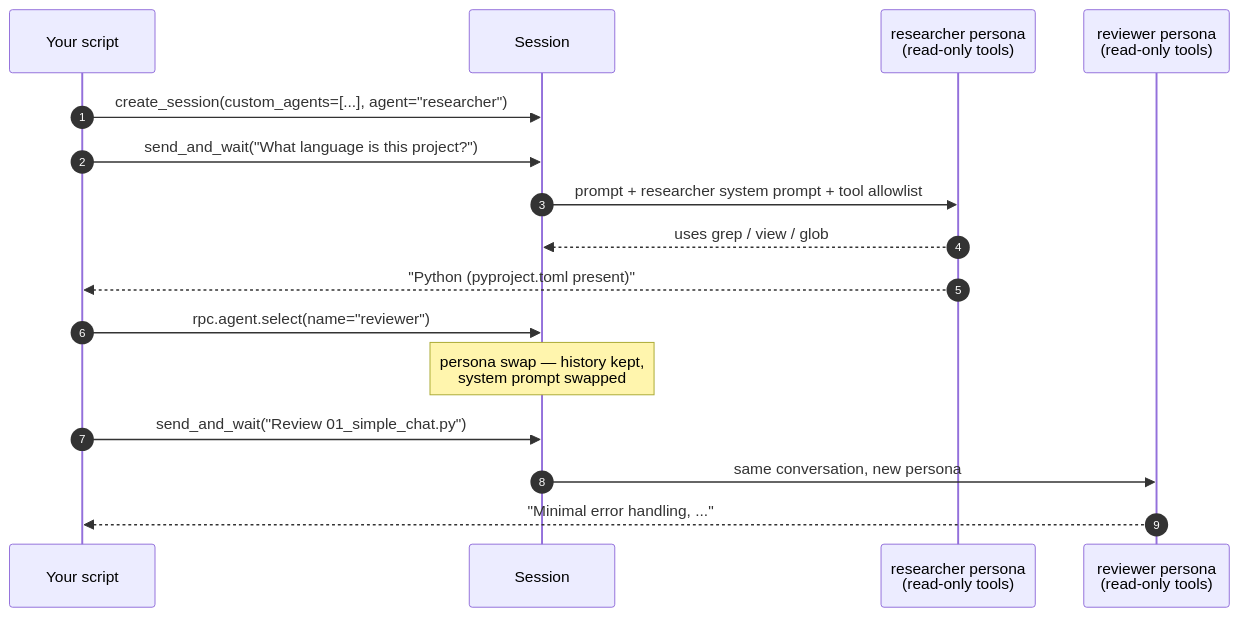
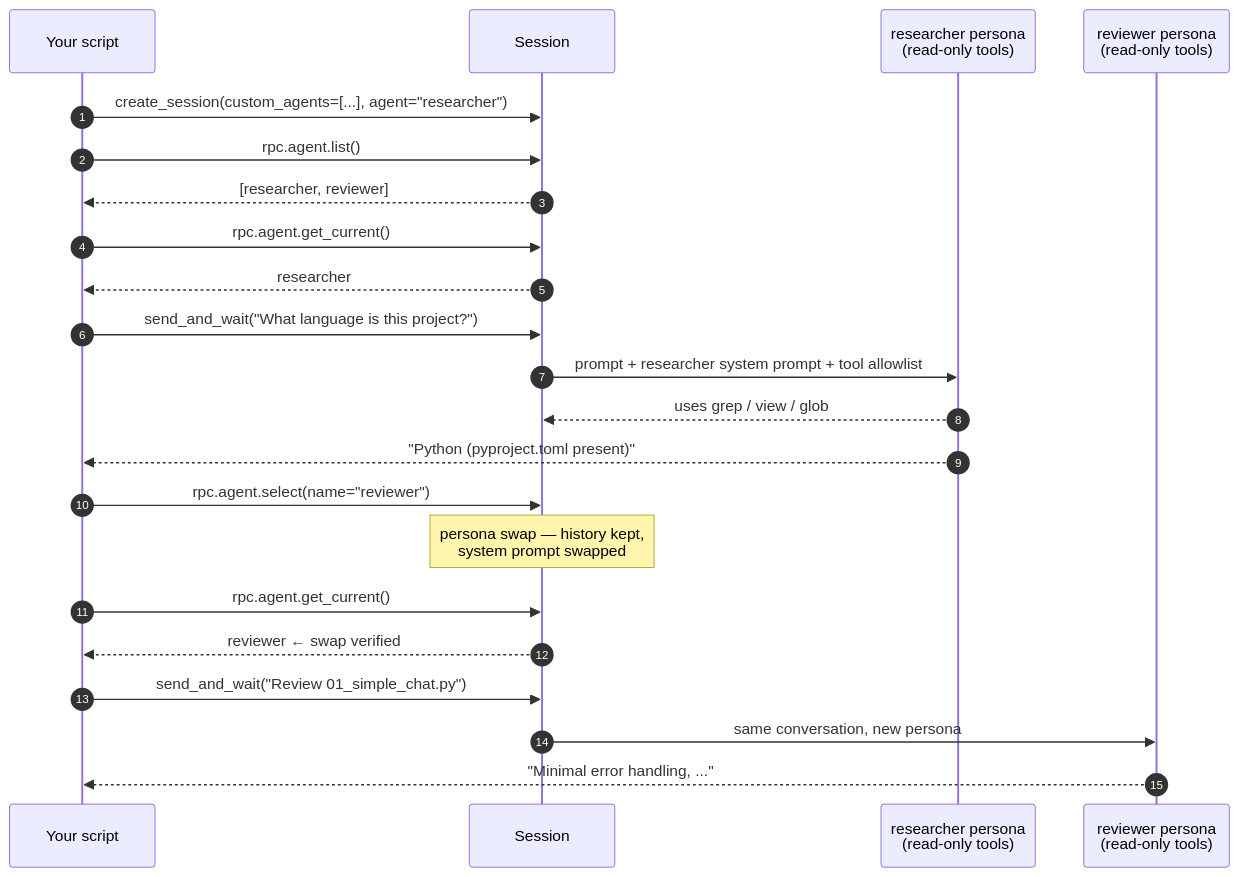
One commit to jeffrey-groneberg/ghcp_sdk changed the diagram in examples/03_custom_agents.md. Above: the diagram before and after it, drawn with Mermaid. The commit also changed other lines of this file and 2 other files, not shown here.

First line of the commit message:
example 03: prove the agent swap with rpc.agent.get_current()

````diff
--- a/examples/03_custom_agents.md
+++ b/examples/03_custom_agents.md
@@ -18,20 +20,26 @@
 ```mermaid
 sequenceDiagram
     autonumber
     participant App as Your script
     participant Session
     participant R as researcher persona<br/>(read-only tools)
     participant V as reviewer persona<br/>(read-only tools)
 
     App->>Session: create_session(custom_agents=[...], agent="researcher")
+    App->>Session: rpc.agent.list()
+    Session-->>App: [researcher, reviewer]
+    App->>Session: rpc.agent.get_current()
+    Session-->>App: researcher
     App->>Session: send_and_wait("What language is this project?")
     Session->>R: prompt + researcher system prompt + tool allowlist
     R-->>Session: uses grep / view / glob
     R-->>App: "Python (pyproject.toml present)"
 
     App->>Session: rpc.agent.select(name="reviewer")
     Note over Session: persona swap — history kept,<br/>system prompt swapped
+    App->>Session: rpc.agent.get_current()
+    Session-->>App: reviewer  ← swap verified
     App->>Session: send_and_wait("Review 01_simple_chat.py")
     Session->>V: same conversation, new persona
     V-->>App: "Minimal error handling, ..."
 ```
````
